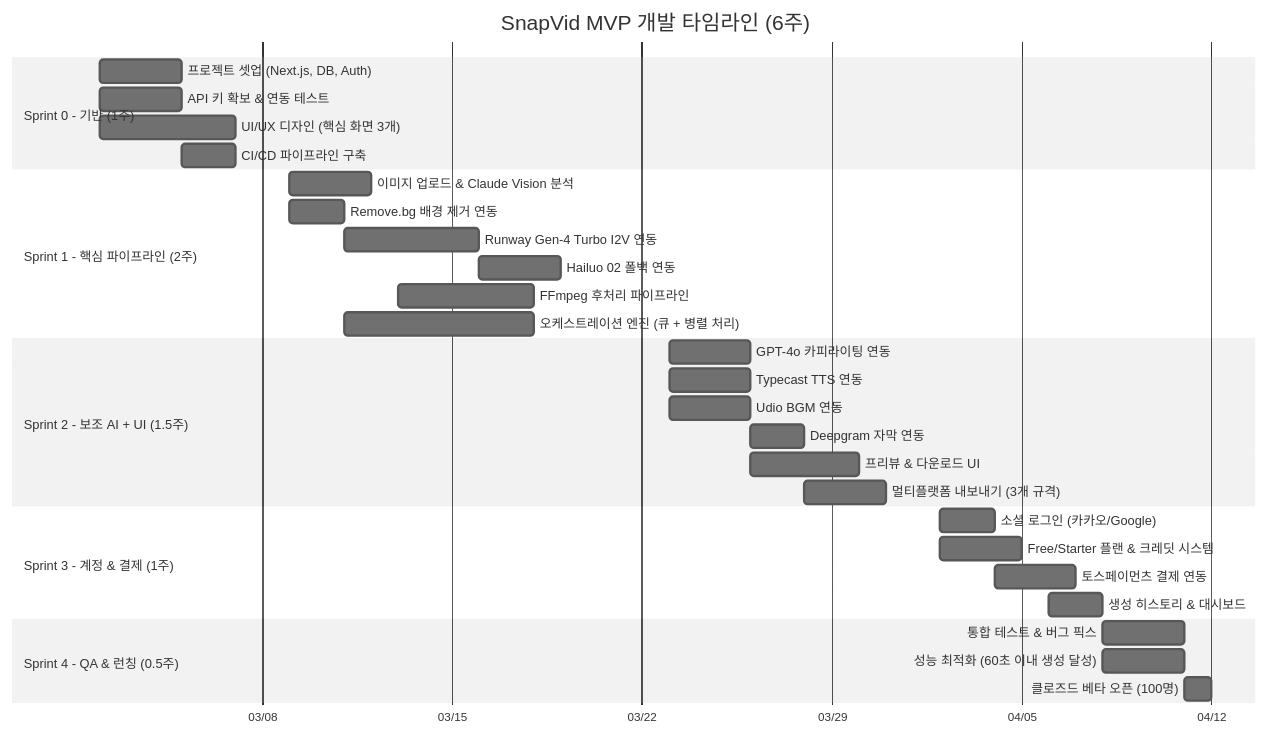
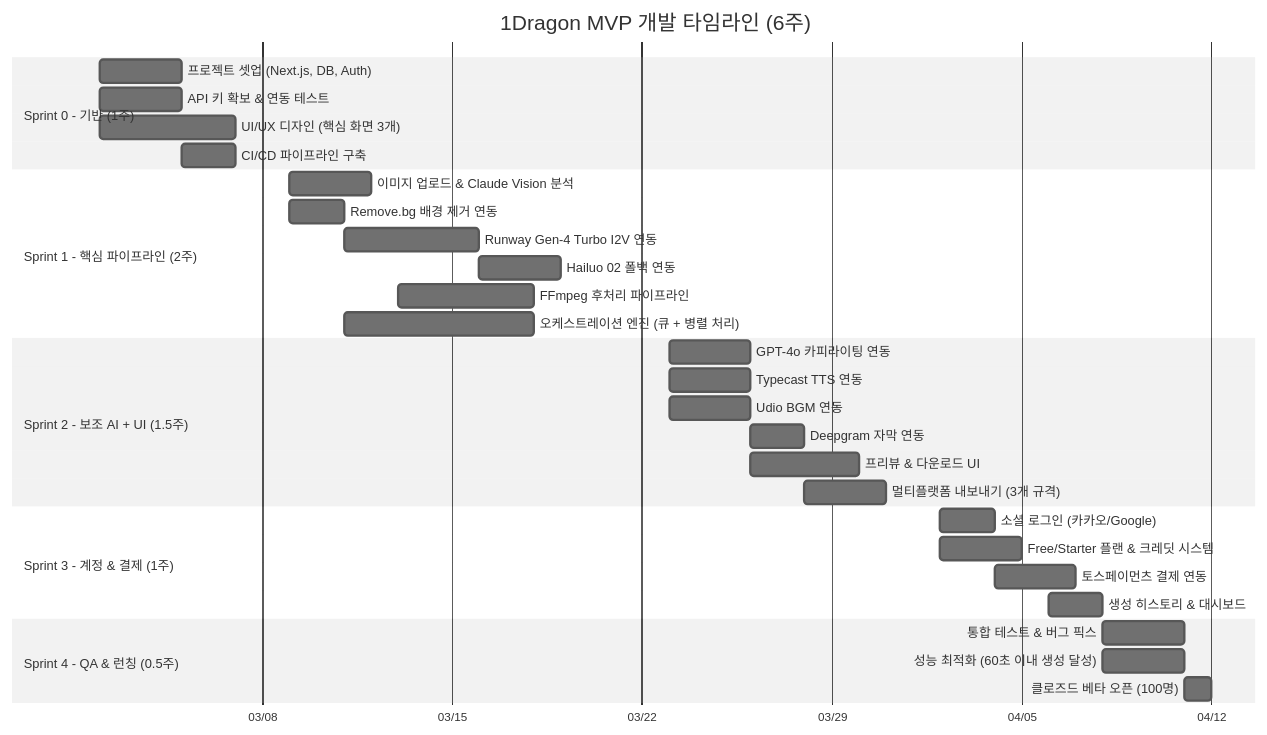
Before and after one commit to inchan/1dragon: the third of 3 diagrams in docs/03-product/MVP_SCOPE.md, drawn with Mermaid (neutral theme). The commit also changed other lines of this file and 182 other files, not shown here.

````diff
--- a/docs/03-product/MVP_SCOPE.md
+++ b/docs/03-product/MVP_SCOPE.md
@@ -338,39 +338,39 @@
 ```mermaid
 gantt
-    title SnapVid MVP 개발 타임라인 (6주)
+    title 1Dragon MVP 개발 타임라인 (6주)
     dateFormat  YYYY-MM-DD
     axisFormat  %m/%d
 
     section Sprint 0 - 기반 (1주)
     프로젝트 셋업 (Next.js, DB, Auth)     :s0a, 2026-03-02, 3d
     API 키 확보 & 연동 테스트              :s0b, 2026-03-02, 3d
     UI/UX 디자인 (핵심 화면 3개)          :s0c, 2026-03-02, 5d
     CI/CD 파이프라인 구축                  :s0d, 2026-03-05, 2d
 
     section Sprint 1 - 핵심 파이프라인 (2주)
     이미지 업로드 & Claude Vision 분석     :s1a, 2026-03-09, 3d
     Remove.bg 배경 제거 연동              :s1b, 2026-03-09, 2d
     Runway Gen-4 Turbo I2V 연동           :s1c, 2026-03-11, 5d
     Hailuo 02 폴백 연동                   :s1d, 2026-03-16, 3d
     FFmpeg 후처리 파이프라인              :s1e, 2026-03-13, 5d
     오케스트레이션 엔진 (큐 + 병렬 처리)  :s1f, 2026-03-11, 7d
 
     section Sprint 2 - 보조 AI + UI (1.5주)
     GPT-4o 카피라이팅 연동                :s2a, 2026-03-23, 3d
     Typecast TTS 연동                     :s2b, 2026-03-23, 3d
     Udio BGM 연동                         :s2c, 2026-03-23, 3d
     Deepgram 자막 연동                    :s2d, 2026-03-26, 2d
     프리뷰 & 다운로드 UI                  :s2e, 2026-03-26, 4d
     멀티플랫폼 내보내기 (3개 규격)         :s2f, 2026-03-28, 3d
 
     section Sprint 3 - 계정 & 결제 (1주)
     소셜 로그인 (카카오/Google)            :s3a, 2026-04-02, 2d
     Free/Starter 플랜 & 크레딧 시스템     :s3b, 2026-04-02, 3d
     토스페이먼츠 결제 연동                 :s3c, 2026-04-04, 3d
     생성 히스토리 & 대시보드               :s3d, 2026-04-06, 2d
 
     section Sprint 4 - QA & 런칭 (0.5주)
     통합 테스트 & 버그 픽스               :s4a, 2026-04-08, 3d
     성능 최적화 (60초 이내 생성 달성)      :s4b, 2026-04-08, 3d
     클로즈드 베타 오픈 (100명)            :s4c, 2026-04-11, 1d
 ```
````
